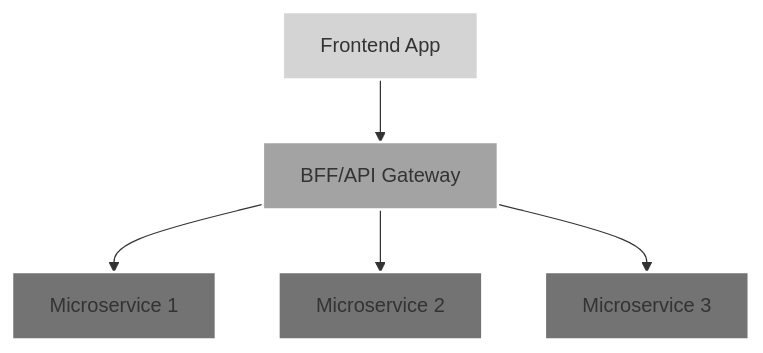
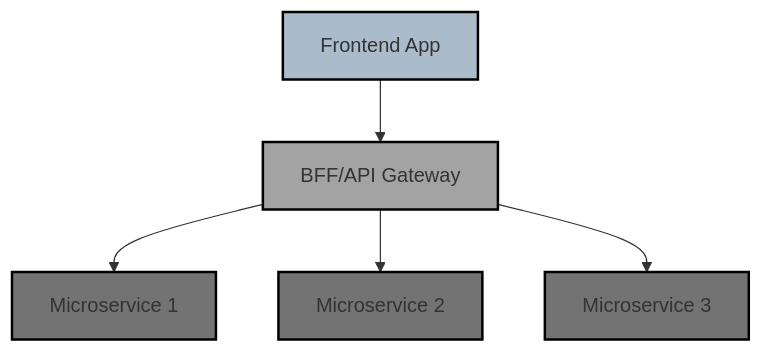
The first of 3 diagrams in blog-post.md (Iteam1337/poc-sso), drawn with Mermaid before and after one commit. The commit also changed other lines of this file and 1 other file, not shown here.

Commit message:
style: Update mermaid diagrams and code formatting in blog post and presentation

````diff
--- a/blog-post.md
+++ b/blog-post.md
@@ -11,13 +11,13 @@
 ```mermaid
 graph TD
     A[Frontend App] --> B[BFF/API Gateway]
     B --> C[Microservice 1]
     B --> D[Microservice 2]
     B --> E[Microservice 3]
-    
-    style A fill:#d4d4d4,stroke:#ffffff,stroke-width:2px
-    style B fill:#a3a3a3,stroke:#ffffff,stroke-width:2px
-    style C fill:#737373,stroke:#ffffff,stroke-width:2px
-    style D fill:#737373,stroke:#ffffff,stroke-width:2px
-    style E fill:#737373,stroke:#ffffff,stroke-width:2px
+
+    style A fill:#aabbcc,stroke:#000,stroke-width:2px
+    style B fill:#a3a3a3,stroke:#000,stroke-width:2px
+    style C fill:#737373,stroke:#000,stroke-width:2px
+    style D fill:#737373,stroke:#000,stroke-width:2px
+    style E fill:#737373,stroke:#000,stroke-width:2px
 ```
````
